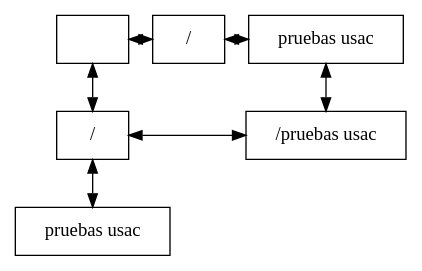
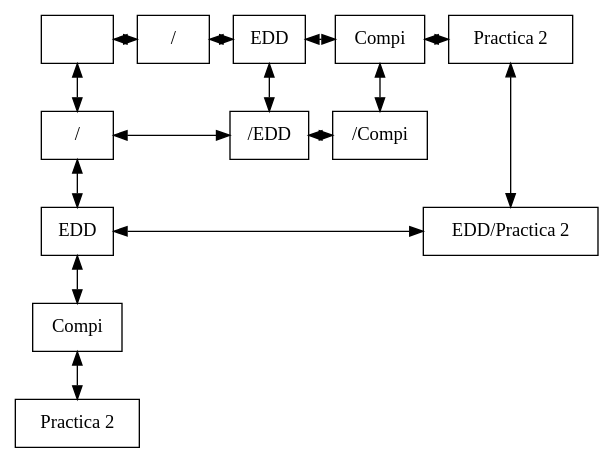
One commit to CSuy/EDD_2S2019_PY2_201700918 changed the diagram in Reportes/Matriz.dot. Above: the diagram before and after it, drawn with Graphviz. The commit also changed 27 other files, not shown here.

```diff
--- a/Reportes/Matriz.dot
+++ b/Reportes/Matriz.dot
@@ -1,27 +1,47 @@
 digraph guia{ 
  node[shape=box] 
  rankdir=UD; 
  {rank=min; 
 nodo00[label="" ,rankdir=LR, group=0]; 
 nodo10[label="/" ,rankdir=LR, group=1]; 
-nodo20[label="pruebas usac" ,rankdir=LR, group=2]; 
+nodo20[label="EDD" ,rankdir=LR, group=2]; 
+nodo30[label="Compi" ,rankdir=LR, group=3]; 
+nodo40[label="Practica 2" ,rankdir=LR, group=4]; 
 } 
 {rank=same; 
 nodo00[label=" " , group=0]; 
 nodo10[label=" /" , group=1]; 
-nodo20[label=" pruebas usac" , group=2]; 
+nodo20[label=" EDD" , group=2]; 
+nodo30[label=" Compi" , group=3]; 
+nodo40[label=" Practica 2" , group=4]; 
 } 
 {rank=same; 
 nodo01[label=" /" , group=0]; 
-nodo21[label=" /pruebas usac" , group=2]; 
+nodo21[label=" /EDD" , group=2]; 
+nodo31[label=" /Compi" , group=3]; 
 } 
 {rank=same; 
-nodo02[label=" pruebas usac" , group=0]; 
+nodo02[label=" EDD" , group=0]; 
+nodo42[label=" EDD/Practica 2" , group=4]; 
+} 
+{rank=same; 
+nodo03[label=" Compi" , group=0]; 
+} 
+{rank=same; 
+nodo04[label=" Practica 2" , group=0]; 
 } 
 nodo00 -> nodo10[dir=both]; 
 nodo10 -> nodo20[dir=both]; 
+nodo20 -> nodo30[dir=both]; 
+nodo30 -> nodo40[dir=both]; 
 nodo01 -> nodo21[dir=both]; 
+nodo21 -> nodo31[dir=both]; 
+nodo02 -> nodo42[dir=both]; 
 nodo00 -> nodo01[dir=both]; 
 nodo01 -> nodo02[dir=both]; 
+nodo02 -> nodo03[dir=both]; 
+nodo03 -> nodo04[dir=both]; 
 nodo20 -> nodo21[dir=both]; 
+nodo30 -> nodo31[dir=both]; 
+nodo40 -> nodo42[dir=both]; 
 } 
```
